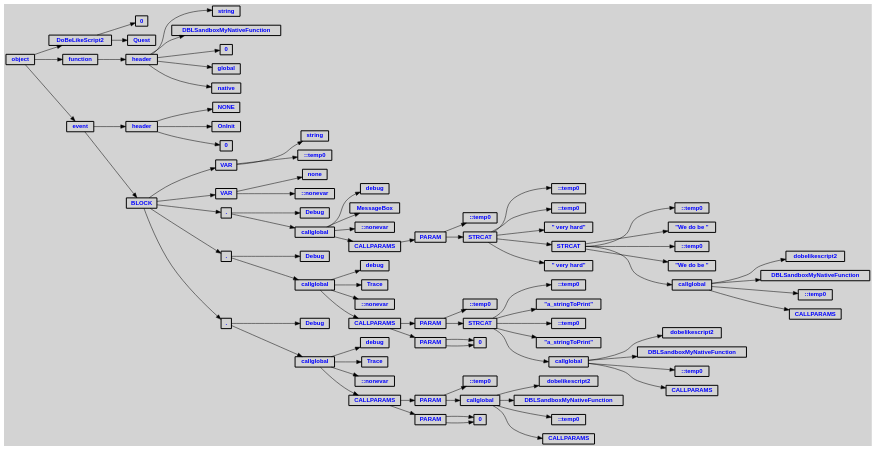
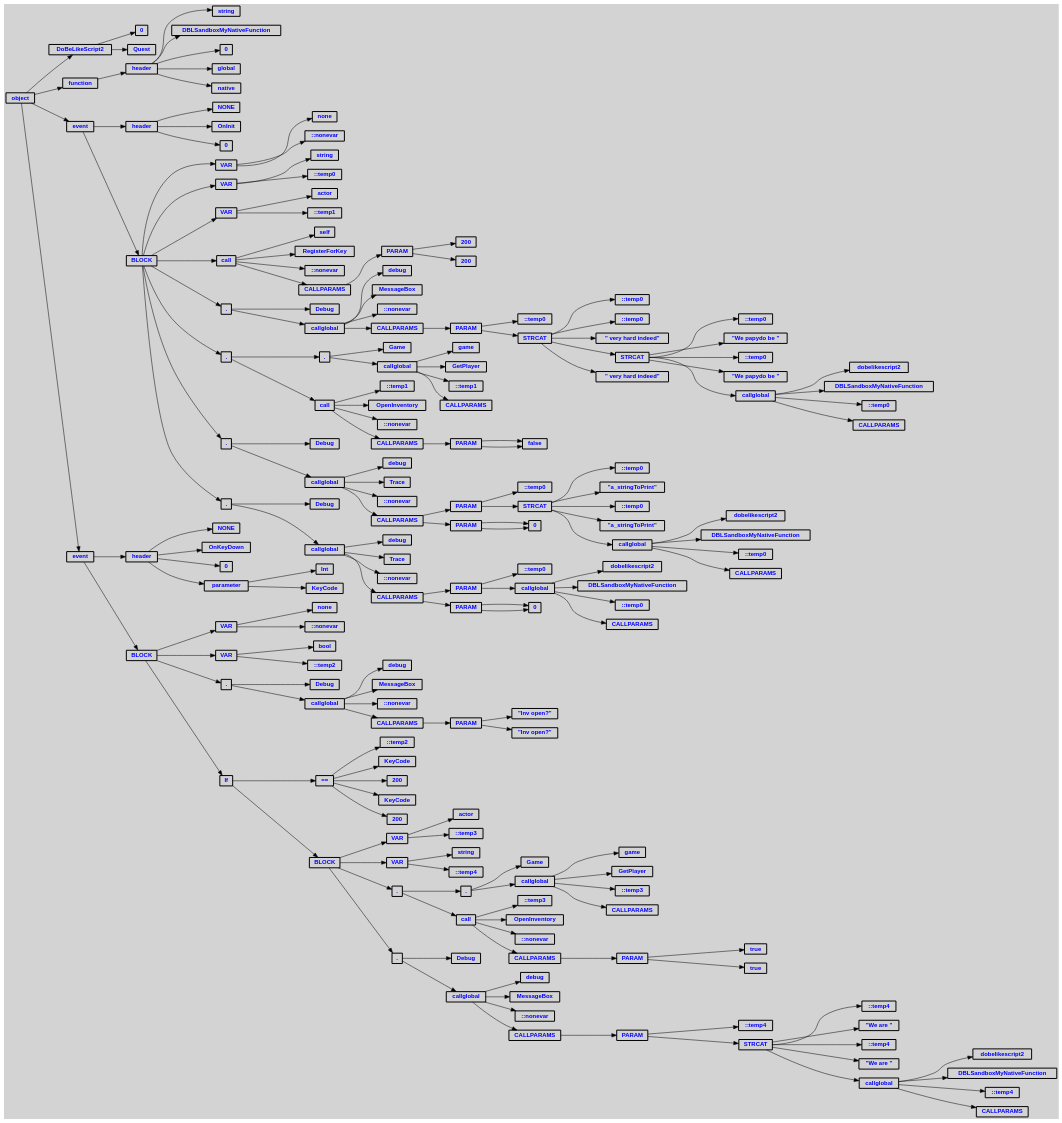
One commit to WladHD/CommonLibSSE-Sandbox changed the diagram in DoBeLikeScript2.postTypeCheck.dot. Above: the diagram before and after it, drawn with Graphviz. The commit also changed 18 other files, not shown here.

```diff
--- a/DoBeLikeScript2.postTypeCheck.dot
+++ b/DoBeLikeScript2.postTypeCheck.dot
@@ -30,95 +30,233 @@
  n16 [label="BLOCK"];
  n17 [label="VAR"];
  n17 [label="VAR"];
- n18 [label="string"];
- n19 [label="::temp0"];
+ n18 [label="none"];
+ n19 [label="::nonevar"];
  n20 [label="VAR"];
  n20 [label="VAR"];
- n21 [label="none"];
- n22 [label="::nonevar"];
- n23 [label="."];
- n23 [label="."];
- n24 [label="Debug"];
- n25 [label="callglobal"];
- n25 [label="callglobal"];
- n26 [label="debug"];
- n27 [label="MessageBox"];
- n28 [label="::nonevar"];
- n29 [label="CALLPARAMS"];
- n29 [label="CALLPARAMS"];
- n30 [label="PARAM"];
- n30 [label="PARAM"];
- n31 [label="::temp0"];
- n32 [label="STRCAT"];
- n32 [label="STRCAT"];
- n33 [label="::temp0"];
- n34 [label="::temp0"];
- n35 [label="\" very hard\""];
- n36 [label="STRCAT"];
- n36 [label="STRCAT"];
- n37 [label="::temp0"];
- n38 [label="\"We do be \""];
- n39 [label="::temp0"];
- n40 [label="\"We do be \""];
- n41 [label="callglobal"];
- n41 [label="callglobal"];
- n42 [label="dobelikescript2"];
- n43 [label="DBLSandboxMyNativeFunction"];
+ n21 [label="string"];
+ n22 [label="::temp0"];
+ n23 [label="VAR"];
+ n23 [label="VAR"];
+ n24 [label="actor"];
+ n25 [label="::temp1"];
+ n26 [label="call"];
+ n26 [label="call"];
+ n27 [label="self"];
+ n28 [label="RegisterForKey"];
+ n29 [label="::nonevar"];
+ n30 [label="CALLPARAMS"];
+ n30 [label="CALLPARAMS"];
+ n31 [label="PARAM"];
+ n31 [label="PARAM"];
+ n32 [label="200"];
+ n33 [label="200"];
+ n34 [label="."];
+ n34 [label="."];
+ n35 [label="Debug"];
+ n36 [label="callglobal"];
+ n36 [label="callglobal"];
+ n37 [label="debug"];
+ n38 [label="MessageBox"];
+ n39 [label="::nonevar"];
+ n40 [label="CALLPARAMS"];
+ n40 [label="CALLPARAMS"];
+ n41 [label="PARAM"];
+ n41 [label="PARAM"];
+ n42 [label="::temp0"];
+ n43 [label="STRCAT"];
+ n43 [label="STRCAT"];
  n44 [label="::temp0"];
- n45 [label="CALLPARAMS"];
- n46 [label="\" very hard\""];
- n47 [label="."];
- n47 [label="."];
- n48 [label="Debug"];
- n49 [label="callglobal"];
- n49 [label="callglobal"];
- n50 [label="debug"];
- n51 [label="Trace"];
- n52 [label="::nonevar"];
- n53 [label="CALLPARAMS"];
- n53 [label="CALLPARAMS"];
- n54 [label="PARAM"];
- n54 [label="PARAM"];
+ n45 [label="::temp0"];
+ n46 [label="\" very hard indeed\""];
+ n47 [label="STRCAT"];
+ n47 [label="STRCAT"];
+ n48 [label="::temp0"];
+ n49 [label="\"We papydo be \""];
+ n50 [label="::temp0"];
+ n51 [label="\"We papydo be \""];
+ n52 [label="callglobal"];
+ n52 [label="callglobal"];
+ n53 [label="dobelikescript2"];
+ n54 [label="DBLSandboxMyNativeFunction"];
  n55 [label="::temp0"];
- n56 [label="STRCAT"];
- n56 [label="STRCAT"];
- n57 [label="::temp0"];
- n58 [label="\"a_stringToPrint\""];
- n59 [label="::temp0"];
- n60 [label="\"a_stringToPrint\""];
+ n56 [label="CALLPARAMS"];
+ n57 [label="\" very hard indeed\""];
+ n58 [label="."];
+ n58 [label="."];
+ n59 [label="."];
+ n59 [label="."];
+ n60 [label="Game"];
  n61 [label="callglobal"];
  n61 [label="callglobal"];
- n62 [label="dobelikescript2"];
- n63 [label="DBLSandboxMyNativeFunction"];
- n64 [label="::temp0"];
+ n62 [label="game"];
+ n63 [label="GetPlayer"];
+ n64 [label="::temp1"];
  n65 [label="CALLPARAMS"];
- n66 [label="PARAM"];
- n66 [label="PARAM"];
- n67 [label="0"];
- n67 [label="0"];
- n68 [label="."];
- n68 [label="."];
- n69 [label="Debug"];
- n70 [label="callglobal"];
- n70 [label="callglobal"];
- n71 [label="debug"];
- n72 [label="Trace"];
- n73 [label="::nonevar"];
- n74 [label="CALLPARAMS"];
- n74 [label="CALLPARAMS"];
- n75 [label="PARAM"];
- n75 [label="PARAM"];
- n76 [label="::temp0"];
- n77 [label="callglobal"];
- n77 [label="callglobal"];
- n78 [label="dobelikescript2"];
- n79 [label="DBLSandboxMyNativeFunction"];
- n80 [label="::temp0"];
- n81 [label="CALLPARAMS"];
- n82 [label="PARAM"];
- n82 [label="PARAM"];
- n83 [label="0"];
- n83 [label="0"];
+ n66 [label="call"];
+ n66 [label="call"];
+ n67 [label="::temp1"];
+ n68 [label="OpenInventory"];
+ n69 [label="::nonevar"];
+ n70 [label="CALLPARAMS"];
+ n70 [label="CALLPARAMS"];
+ n71 [label="PARAM"];
+ n71 [label="PARAM"];
+ n72 [label="false"];
+ n72 [label="false"];
+ n73 [label="."];
+ n73 [label="."];
+ n74 [label="Debug"];
+ n75 [label="callglobal"];
+ n75 [label="callglobal"];
+ n76 [label="debug"];
+ n77 [label="Trace"];
+ n78 [label="::nonevar"];
+ n79 [label="CALLPARAMS"];
+ n79 [label="CALLPARAMS"];
+ n80 [label="PARAM"];
+ n80 [label="PARAM"];
+ n81 [label="::temp0"];
+ n82 [label="STRCAT"];
+ n82 [label="STRCAT"];
+ n83 [label="::temp0"];
+ n84 [label="\"a_stringToPrint\""];
+ n85 [label="::temp0"];
+ n86 [label="\"a_stringToPrint\""];
+ n87 [label="callglobal"];
+ n87 [label="callglobal"];
+ n88 [label="dobelikescript2"];
+ n89 [label="DBLSandboxMyNativeFunction"];
+ n90 [label="::temp0"];
+ n91 [label="CALLPARAMS"];
+ n92 [label="PARAM"];
+ n92 [label="PARAM"];
+ n93 [label="0"];
+ n93 [label="0"];
+ n94 [label="."];
+ n94 [label="."];
+ n95 [label="Debug"];
+ n96 [label="callglobal"];
+ n96 [label="callglobal"];
+ n97 [label="debug"];
+ n98 [label="Trace"];
+ n99 [label="::nonevar"];
+ n100 [label="CALLPARAMS"];
+ n100 [label="CALLPARAMS"];
+ n101 [label="PARAM"];
+ n101 [label="PARAM"];
+ n102 [label="::temp0"];
+ n103 [label="callglobal"];
+ n103 [label="callglobal"];
+ n104 [label="dobelikescript2"];
+ n105 [label="DBLSandboxMyNativeFunction"];
+ n106 [label="::temp0"];
+ n107 [label="CALLPARAMS"];
+ n108 [label="PARAM"];
+ n108 [label="PARAM"];
+ n109 [label="0"];
+ n109 [label="0"];
+ n110 [label="event"];
+ n110 [label="event"];
+ n111 [label="header"];
+ n111 [label="header"];
+ n112 [label="NONE"];
+ n113 [label="OnKeyDown"];
+ n114 [label="0"];
+ n115 [label="parameter"];
+ n115 [label="parameter"];
+ n116 [label="Int"];
+ n117 [label="KeyCode"];
+ n118 [label="BLOCK"];
+ n118 [label="BLOCK"];
+ n119 [label="VAR"];
+ n119 [label="VAR"];
+ n120 [label="none"];
+ n121 [label="::nonevar"];
+ n122 [label="VAR"];
+ n122 [label="VAR"];
+ n123 [label="bool"];
+ n124 [label="::temp2"];
+ n125 [label="."];
+ n125 [label="."];
+ n126 [label="Debug"];
+ n127 [label="callglobal"];
+ n127 [label="callglobal"];
+ n128 [label="debug"];
+ n129 [label="MessageBox"];
+ n130 [label="::nonevar"];
+ n131 [label="CALLPARAMS"];
+ n131 [label="CALLPARAMS"];
+ n132 [label="PARAM"];
+ n132 [label="PARAM"];
+ n133 [label="\"Inv open?\""];
+ n134 [label="\"Inv open?\""];
+ n135 [label="If"];
+ n135 [label="If"];
+ n136 [label="=="];
+ n136 [label="=="];
+ n137 [label="::temp2"];
+ n138 [label="KeyCode"];
+ n139 [label="200"];
+ n140 [label="KeyCode"];
+ n141 [label="200"];
+ n142 [label="BLOCK"];
+ n142 [label="BLOCK"];
+ n143 [label="VAR"];
+ n143 [label="VAR"];
+ n144 [label="actor"];
+ n145 [label="::temp3"];
+ n146 [label="VAR"];
+ n146 [label="VAR"];
+ n147 [label="string"];
+ n148 [label="::temp4"];
+ n149 [label="."];
+ n149 [label="."];
+ n150 [label="."];
+ n150 [label="."];
+ n151 [label="Game"];
+ n152 [label="callglobal"];
+ n152 [label="callglobal"];
+ n153 [label="game"];
+ n154 [label="GetPlayer"];
+ n155 [label="::temp3"];
+ n156 [label="CALLPARAMS"];
+ n157 [label="call"];
+ n157 [label="call"];
+ n158 [label="::temp3"];
+ n159 [label="OpenInventory"];
+ n160 [label="::nonevar"];
+ n161 [label="CALLPARAMS"];
+ n161 [label="CALLPARAMS"];
+ n162 [label="PARAM"];
+ n162 [label="PARAM"];
+ n163 [label="true"];
+ n164 [label="true"];
+ n165 [label="."];
+ n165 [label="."];
+ n166 [label="Debug"];
+ n167 [label="callglobal"];
+ n167 [label="callglobal"];
+ n168 [label="debug"];
+ n169 [label="MessageBox"];
+ n170 [label="::nonevar"];
+ n171 [label="CALLPARAMS"];
+ n171 [label="CALLPARAMS"];
+ n172 [label="PARAM"];
+ n172 [label="PARAM"];
+ n173 [label="::temp4"];
+ n174 [label="STRCAT"];
+ n174 [label="STRCAT"];
+ n175 [label="::temp4"];
+ n176 [label="\"We are \""];
+ n177 [label="::temp4"];
+ n178 [label="\"We are \""];
+ n179 [label="callglobal"];
+ n179 [label="callglobal"];
+ n180 [label="dobelikescript2"];
+ n181 [label="DBLSandboxMyNativeFunction"];
+ n182 [label="::temp4"];
+ n183 [label="CALLPARAMS"];
 
  n0 -> n1 // "object" -> "DoBeLikeScript2"
  n1 -> n2 // "DoBeLikeScript2" -> "0"
@@ -137,73 +275,174 @@
  n12 -> n15 // "header" -> "0"
  n11 -> n16 // "event" -> "BLOCK"
  n16 -> n17 // "BLOCK" -> "VAR"
- n17 -> n18 // "VAR" -> "string"
- n17 -> n19 // "VAR" -> "::temp0"
+ n17 -> n18 // "VAR" -> "none"
+ n17 -> n19 // "VAR" -> "::nonevar"
  n16 -> n20 // "BLOCK" -> "VAR"
- n20 -> n21 // "VAR" -> "none"
- n20 -> n22 // "VAR" -> "::nonevar"
- n16 -> n23 // "BLOCK" -> "."
- n23 -> n24 // "." -> "Debug"
- n23 -> n25 // "." -> "callglobal"
- n25 -> n26 // "callglobal" -> "debug"
- n25 -> n27 // "callglobal" -> "MessageBox"
- n25 -> n28 // "callglobal" -> "::nonevar"
- n25 -> n29 // "callglobal" -> "CALLPARAMS"
- n29 -> n30 // "CALLPARAMS" -> "PARAM"
- n30 -> n31 // "PARAM" -> "::temp0"
- n30 -> n32 // "PARAM" -> "STRCAT"
- n32 -> n33 // "STRCAT" -> "::temp0"
- n32 -> n34 // "STRCAT" -> "::temp0"
- n32 -> n35 // "STRCAT" -> "" very hard""
- n32 -> n36 // "STRCAT" -> "STRCAT"
- n36 -> n37 // "STRCAT" -> "::temp0"
- n36 -> n38 // "STRCAT" -> ""We do be ""
- n36 -> n39 // "STRCAT" -> "::temp0"
- n36 -> n40 // "STRCAT" -> ""We do be ""
- n36 -> n41 // "STRCAT" -> "callglobal"
- n41 -> n42 // "callglobal" -> "dobelikescript2"
- n41 -> n43 // "callglobal" -> "DBLSandboxMyNativeFunction"
- n41 -> n44 // "callglobal" -> "::temp0"
- n41 -> n45 // "callglobal" -> "CALLPARAMS"
- n32 -> n46 // "STRCAT" -> "" very hard""
- n16 -> n47 // "BLOCK" -> "."
- n47 -> n48 // "." -> "Debug"
- n47 -> n49 // "." -> "callglobal"
- n49 -> n50 // "callglobal" -> "debug"
- n49 -> n51 // "callglobal" -> "Trace"
- n49 -> n52 // "callglobal" -> "::nonevar"
- n49 -> n53 // "callglobal" -> "CALLPARAMS"
- n53 -> n54 // "CALLPARAMS" -> "PARAM"
- n54 -> n55 // "PARAM" -> "::temp0"
- n54 -> n56 // "PARAM" -> "STRCAT"
- n56 -> n57 // "STRCAT" -> "::temp0"
- n56 -> n58 // "STRCAT" -> ""a_stringToPrint""
- n56 -> n59 // "STRCAT" -> "::temp0"
- n56 -> n60 // "STRCAT" -> ""a_stringToPrint""
- n56 -> n61 // "STRCAT" -> "callglobal"
- n61 -> n62 // "callglobal" -> "dobelikescript2"
- n61 -> n63 // "callglobal" -> "DBLSandboxMyNativeFunction"
- n61 -> n64 // "callglobal" -> "::temp0"
+ n20 -> n21 // "VAR" -> "string"
+ n20 -> n22 // "VAR" -> "::temp0"
+ n16 -> n23 // "BLOCK" -> "VAR"
+ n23 -> n24 // "VAR" -> "actor"
+ n23 -> n25 // "VAR" -> "::temp1"
+ n16 -> n26 // "BLOCK" -> "call"
+ n26 -> n27 // "call" -> "self"
+ n26 -> n28 // "call" -> "RegisterForKey"
+ n26 -> n29 // "call" -> "::nonevar"
+ n26 -> n30 // "call" -> "CALLPARAMS"
+ n30 -> n31 // "CALLPARAMS" -> "PARAM"
+ n31 -> n32 // "PARAM" -> "200"
+ n31 -> n33 // "PARAM" -> "200"
+ n16 -> n34 // "BLOCK" -> "."
+ n34 -> n35 // "." -> "Debug"
+ n34 -> n36 // "." -> "callglobal"
+ n36 -> n37 // "callglobal" -> "debug"
+ n36 -> n38 // "callglobal" -> "MessageBox"
+ n36 -> n39 // "callglobal" -> "::nonevar"
+ n36 -> n40 // "callglobal" -> "CALLPARAMS"
+ n40 -> n41 // "CALLPARAMS" -> "PARAM"
+ n41 -> n42 // "PARAM" -> "::temp0"
+ n41 -> n43 // "PARAM" -> "STRCAT"
+ n43 -> n44 // "STRCAT" -> "::temp0"
+ n43 -> n45 // "STRCAT" -> "::temp0"
+ n43 -> n46 // "STRCAT" -> "" very hard indeed""
+ n43 -> n47 // "STRCAT" -> "STRCAT"
+ n47 -> n48 // "STRCAT" -> "::temp0"
+ n47 -> n49 // "STRCAT" -> ""We papydo be ""
+ n47 -> n50 // "STRCAT" -> "::temp0"
+ n47 -> n51 // "STRCAT" -> ""We papydo be ""
+ n47 -> n52 // "STRCAT" -> "callglobal"
+ n52 -> n53 // "callglobal" -> "dobelikescript2"
+ n52 -> n54 // "callglobal" -> "DBLSandboxMyNativeFunction"
+ n52 -> n55 // "callglobal" -> "::temp0"
+ n52 -> n56 // "callglobal" -> "CALLPARAMS"
+ n43 -> n57 // "STRCAT" -> "" very hard indeed""
+ n16 -> n58 // "BLOCK" -> "."
+ n58 -> n59 // "." -> "."
+ n59 -> n60 // "." -> "Game"
+ n59 -> n61 // "." -> "callglobal"
+ n61 -> n62 // "callglobal" -> "game"
+ n61 -> n63 // "callglobal" -> "GetPlayer"
+ n61 -> n64 // "callglobal" -> "::temp1"
  n61 -> n65 // "callglobal" -> "CALLPARAMS"
- n53 -> n66 // "CALLPARAMS" -> "PARAM"
- n66 -> n67 // "PARAM" -> "0"
- n66 -> n67 // "PARAM" -> "0"
- n16 -> n68 // "BLOCK" -> "."
- n68 -> n69 // "." -> "Debug"
- n68 -> n70 // "." -> "callglobal"
- n70 -> n71 // "callglobal" -> "debug"
- n70 -> n72 // "callglobal" -> "Trace"
- n70 -> n73 // "callglobal" -> "::nonevar"
- n70 -> n74 // "callglobal" -> "CALLPARAMS"
- n74 -> n75 // "CALLPARAMS" -> "PARAM"
- n75 -> n76 // "PARAM" -> "::temp0"
- n75 -> n77 // "PARAM" -> "callglobal"
- n77 -> n78 // "callglobal" -> "dobelikescript2"
- n77 -> n79 // "callglobal" -> "DBLSandboxMyNativeFunction"
- n77 -> n80 // "callglobal" -> "::temp0"
- n77 -> n81 // "callglobal" -> "CALLPARAMS"
- n74 -> n82 // "CALLPARAMS" -> "PARAM"
- n82 -> n83 // "PARAM" -> "0"
- n82 -> n83 // "PARAM" -> "0"
+ n58 -> n66 // "." -> "call"
+ n66 -> n67 // "call" -> "::temp1"
+ n66 -> n68 // "call" -> "OpenInventory"
+ n66 -> n69 // "call" -> "::nonevar"
+ n66 -> n70 // "call" -> "CALLPARAMS"
+ n70 -> n71 // "CALLPARAMS" -> "PARAM"
+ n71 -> n72 // "PARAM" -> "false"
+ n71 -> n72 // "PARAM" -> "false"
+ n16 -> n73 // "BLOCK" -> "."
+ n73 -> n74 // "." -> "Debug"
+ n73 -> n75 // "." -> "callglobal"
+ n75 -> n76 // "callglobal" -> "debug"
+ n75 -> n77 // "callglobal" -> "Trace"
+ n75 -> n78 // "callglobal" -> "::nonevar"
+ n75 -> n79 // "callglobal" -> "CALLPARAMS"
+ n79 -> n80 // "CALLPARAMS" -> "PARAM"
+ n80 -> n81 // "PARAM" -> "::temp0"
+ n80 -> n82 // "PARAM" -> "STRCAT"
+ n82 -> n83 // "STRCAT" -> "::temp0"
+ n82 -> n84 // "STRCAT" -> ""a_stringToPrint""
+ n82 -> n85 // "STRCAT" -> "::temp0"
+ n82 -> n86 // "STRCAT" -> ""a_stringToPrint""
+ n82 -> n87 // "STRCAT" -> "callglobal"
+ n87 -> n88 // "callglobal" -> "dobelikescript2"
+ n87 -> n89 // "callglobal" -> "DBLSandboxMyNativeFunction"
+ n87 -> n90 // "callglobal" -> "::temp0"
+ n87 -> n91 // "callglobal" -> "CALLPARAMS"
+ n79 -> n92 // "CALLPARAMS" -> "PARAM"
+ n92 -> n93 // "PARAM" -> "0"
+ n92 -> n93 // "PARAM" -> "0"
+ n16 -> n94 // "BLOCK" -> "."
+ n94 -> n95 // "." -> "Debug"
+ n94 -> n96 // "." -> "callglobal"
+ n96 -> n97 // "callglobal" -> "debug"
+ n96 -> n98 // "callglobal" -> "Trace"
+ n96 -> n99 // "callglobal" -> "::nonevar"
+ n96 -> n100 // "callglobal" -> "CALLPARAMS"
+ n100 -> n101 // "CALLPARAMS" -> "PARAM"
+ n101 -> n102 // "PARAM" -> "::temp0"
+ n101 -> n103 // "PARAM" -> "callglobal"
+ n103 -> n104 // "callglobal" -> "dobelikescript2"
+ n103 -> n105 // "callglobal" -> "DBLSandboxMyNativeFunction"
+ n103 -> n106 // "callglobal" -> "::temp0"
+ n103 -> n107 // "callglobal" -> "CALLPARAMS"
+ n100 -> n108 // "CALLPARAMS" -> "PARAM"
+ n108 -> n109 // "PARAM" -> "0"
+ n108 -> n109 // "PARAM" -> "0"
+ n0 -> n110 // "object" -> "event"
+ n110 -> n111 // "event" -> "header"
+ n111 -> n112 // "header" -> "NONE"
+ n111 -> n113 // "header" -> "OnKeyDown"
+ n111 -> n114 // "header" -> "0"
+ n111 -> n115 // "header" -> "parameter"
+ n115 -> n116 // "parameter" -> "Int"
+ n115 -> n117 // "parameter" -> "KeyCode"
+ n110 -> n118 // "event" -> "BLOCK"
+ n118 -> n119 // "BLOCK" -> "VAR"
+ n119 -> n120 // "VAR" -> "none"
+ n119 -> n121 // "VAR" -> "::nonevar"
+ n118 -> n122 // "BLOCK" -> "VAR"
+ n122 -> n123 // "VAR" -> "bool"
+ n122 -> n124 // "VAR" -> "::temp2"
+ n118 -> n125 // "BLOCK" -> "."
+ n125 -> n126 // "." -> "Debug"
+ n125 -> n127 // "." -> "callglobal"
+ n127 -> n128 // "callglobal" -> "debug"
+ n127 -> n129 // "callglobal" -> "MessageBox"
+ n127 -> n130 // "callglobal" -> "::nonevar"
+ n127 -> n131 // "callglobal" -> "CALLPARAMS"
+ n131 -> n132 // "CALLPARAMS" -> "PARAM"
+ n132 -> n133 // "PARAM" -> ""Inv open?""
+ n132 -> n134 // "PARAM" -> ""Inv open?""
+ n118 -> n135 // "BLOCK" -> "If"
+ n135 -> n136 // "If" -> "=="
+ n136 -> n137 // "==" -> "::temp2"
+ n136 -> n138 // "==" -> "KeyCode"
+ n136 -> n139 // "==" -> "200"
+ n136 -> n140 // "==" -> "KeyCode"
+ n136 -> n141 // "==" -> "200"
+ n135 -> n142 // "If" -> "BLOCK"
+ n142 -> n143 // "BLOCK" -> "VAR"
+ n143 -> n144 // "VAR" -> "actor"
+ n143 -> n145 // "VAR" -> "::temp3"
+ n142 -> n146 // "BLOCK" -> "VAR"
+ n146 -> n147 // "VAR" -> "string"
+ n146 -> n148 // "VAR" -> "::temp4"
+ n142 -> n149 // "BLOCK" -> "."
+ n149 -> n150 // "." -> "."
+ n150 -> n151 // "." -> "Game"
+ n150 -> n152 // "." -> "callglobal"
+ n152 -> n153 // "callglobal" -> "game"
+ n152 -> n154 // "callglobal" -> "GetPlayer"
+ n152 -> n155 // "callglobal" -> "::temp3"
+ n152 -> n156 // "callglobal" -> "CALLPARAMS"
+ n149 -> n157 // "." -> "call"
+ n157 -> n158 // "call" -> "::temp3"
+ n157 -> n159 // "call" -> "OpenInventory"
+ n157 -> n160 // "call" -> "::nonevar"
+ n157 -> n161 // "call" -> "CALLPARAMS"
+ n161 -> n162 // "CALLPARAMS" -> "PARAM"
+ n162 -> n163 // "PARAM" -> "true"
+ n162 -> n164 // "PARAM" -> "true"
+ n142 -> n165 // "BLOCK" -> "."
+ n165 -> n166 // "." -> "Debug"
+ n165 -> n167 // "." -> "callglobal"
+ n167 -> n168 // "callglobal" -> "debug"
+ n167 -> n169 // "callglobal" -> "MessageBox"
+ n167 -> n170 // "callglobal" -> "::nonevar"
+ n167 -> n171 // "callglobal" -> "CALLPARAMS"
+ n171 -> n172 // "CALLPARAMS" -> "PARAM"
+ n172 -> n173 // "PARAM" -> "::temp4"
+ n172 -> n174 // "PARAM" -> "STRCAT"
+ n174 -> n175 // "STRCAT" -> "::temp4"
+ n174 -> n176 // "STRCAT" -> ""We are ""
+ n174 -> n177 // "STRCAT" -> "::temp4"
+ n174 -> n178 // "STRCAT" -> ""We are ""
+ n174 -> n179 // "STRCAT" -> "callglobal"
+ n179 -> n180 // "callglobal" -> "dobelikescript2"
+ n179 -> n181 // "callglobal" -> "DBLSandboxMyNativeFunction"
+ n179 -> n182 // "callglobal" -> "::temp4"
+ n179 -> n183 // "callglobal" -> "CALLPARAMS"
 
 }
```
